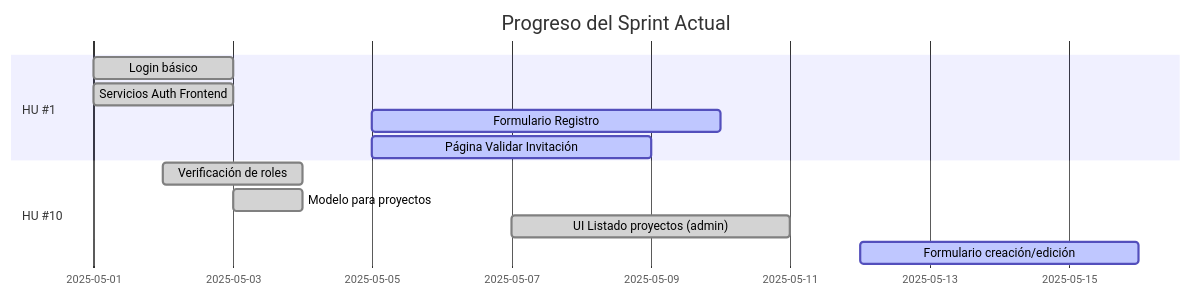
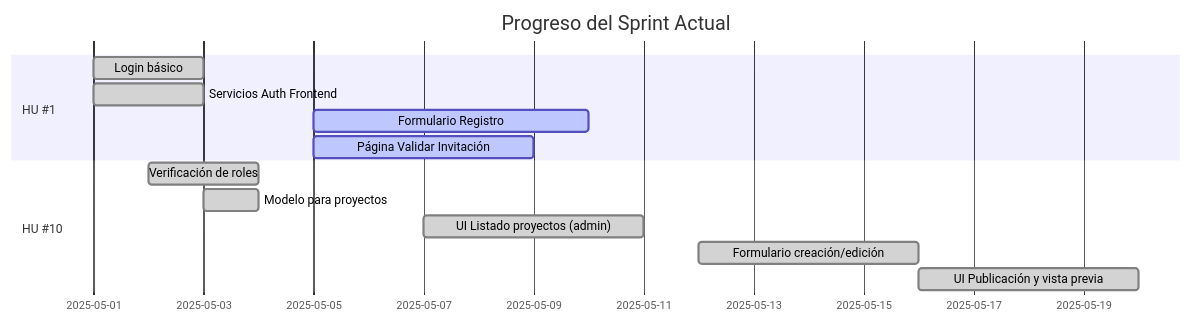
Before and after one commit to loretops/finalproject-LPS: the diagram in docs/development_status.md, drawn with Mermaid. The commit also changed other lines of this file and 9 other files, not shown here.

````diff
--- a/docs/development_status.md
+++ b/docs/development_status.md
@@ -14,15 +14,16 @@
 ```mermaid
 gantt
     title Progreso del Sprint Actual
     dateFormat  YYYY-MM-DD
     section HU #1
     Login básico                      :done, hu1-t1, 2025-05-01, 2d
     Servicios Auth Frontend           :done, hu1-t2, 2025-05-01, 2d
     Formulario Registro               :active, hu1-t10, 2025-05-05, 5d
     Página Validar Invitación         :active, hu1-t9, 2025-05-05, 4d
     section HU #10
     Verificación de roles             :done, hu10-t12, 2025-05-02, 2d
     Modelo para proyectos             :done, hu10-t13, 2025-05-03, 1d
     UI Listado proyectos (admin)      :done, hu10-t16, 2025-05-07, 4d
-    Formulario creación/edición       :active, hu10-t17, 2025-05-12, 4d
+    Formulario creación/edición       :done, hu10-t17, 2025-05-12, 4d
+    UI Publicación y vista previa     :done, hu10-t19, 2025-05-16, 4d
 ```
````
